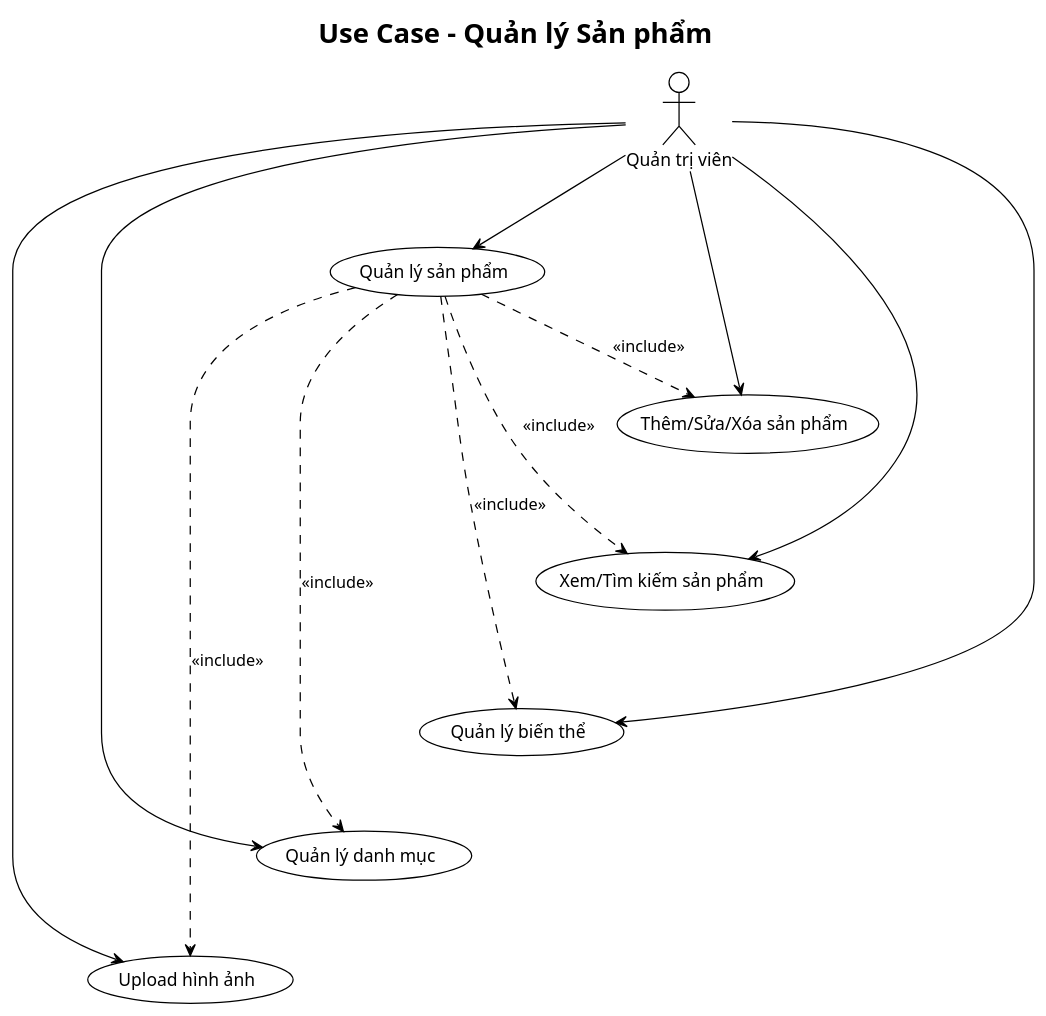
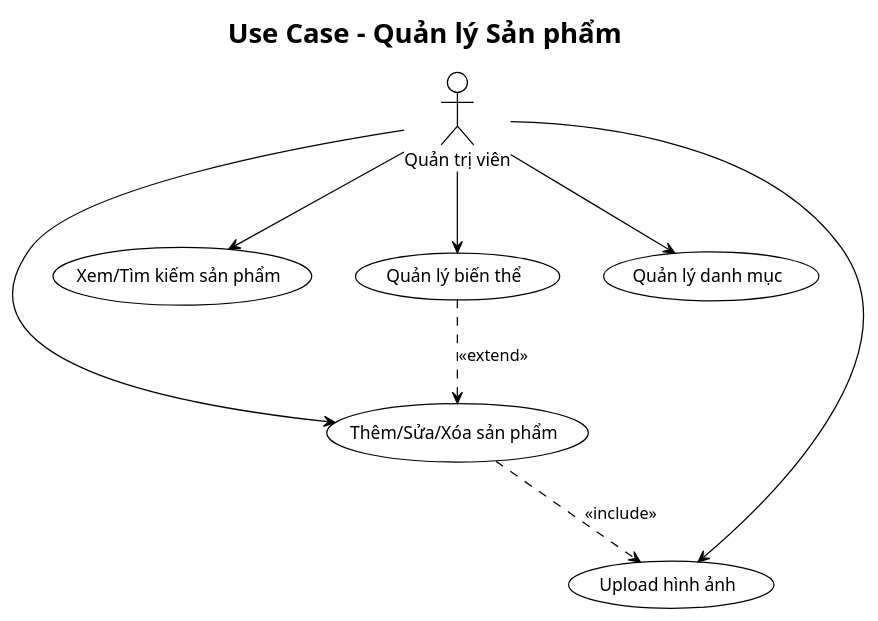
The diagram in docs/usecaseuml/02_quan_ly_san_pham.puml (namhai03/PerfumeShop), drawn with PlantUML before and after one commit. The commit also changed 107 other files, not shown here.

```diff
--- a/docs/usecaseuml/02_quan_ly_san_pham.puml
+++ b/docs/usecaseuml/02_quan_ly_san_pham.puml
@@ -1,36 +1,25 @@
 @startuml
 !theme plain
-skinparam direction top to bottom
 skinparam actorStyle rectangle
 skinparam usecaseStyle rectangle
 
 title Use Case - Quản lý Sản phẩm
 
 actor "Quản trị viên" as Admin
 
-usecase "Quản lý sản phẩm" as UC2
-usecase "Thêm/Sửa/Xóa sản phẩm" as UC2_1
-usecase "Xem/Tìm kiếm sản phẩm" as UC2_2
-usecase "Quản lý biến thể" as UC2_3
-usecase "Quản lý danh mục" as UC2_4
-usecase "Upload hình ảnh" as UC2_5
+usecase "Thêm/Sửa/Xóa sản phẩm" as UC1
+usecase "Xem/Tìm kiếm sản phẩm" as UC2
+usecase "Quản lý biến thể" as UC3
+usecase "Quản lý danh mục" as UC4
+usecase "Upload hình ảnh" as UC5
 
+Admin --> UC1
 Admin --> UC2
-Admin --> UC2_1
-Admin --> UC2_2
-Admin --> UC2_3
-Admin --> UC2_4
-Admin --> UC2_5
+Admin --> UC3
+Admin --> UC4
+Admin --> UC5
 
-UC2 ..> UC2_1 : <<include>>
-UC2 ..> UC2_2 : <<include>>
-UC2 ..> UC2_3 : <<include>>
-UC2 ..> UC2_4 : <<include>>
-UC2 ..> UC2_5 : <<include>>
-
-UC2_1 -[hidden]-> UC2_2
-UC2_2 -[hidden]-> UC2_3
-UC2_3 -[hidden]-> UC2_4
-UC2_4 -[hidden]-> UC2_5
+UC1 ..> UC5 : <<include>>
+UC3 ..> UC1 : <<extend>>
 
 @enduml
```
